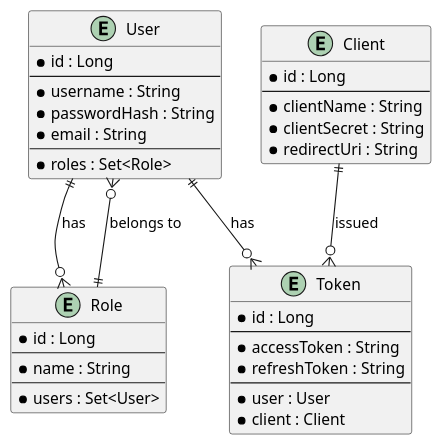
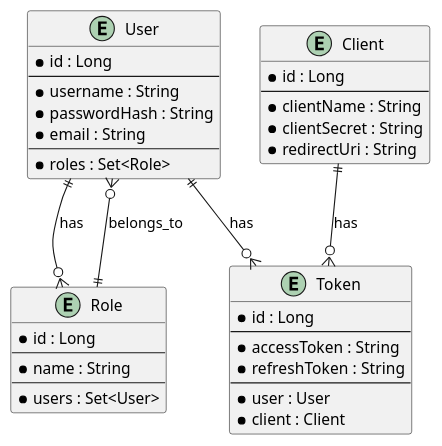
Before and after one commit to Dinesh-s95/AutoDoc.ai: the fourth of 4 diagrams in identityprovider/documentation/detaileddesign.adoc, drawn with PlantUML. The commit also changed other lines of this file and 4 other files, not shown here.

```diff
--- a/identityprovider/documentation/detaileddesign.adoc
+++ b/identityprovider/documentation/detaileddesign.adoc
@@ -431,45 +412,45 @@
 [plantuml, er-diagram, png]
 ----
 @startuml
 entity "User" {
-    * id : Long
-    --
-    * username : String
-    * passwordHash : String
-    * email : String
-    --
-    * roles : Set<Role>
+  * id : Long
+  --
+  * username : String
+  * passwordHash : String
+  * email : String
+  --
+  * roles : Set<Role>
 }
 
 entity "Role" {
-    * id : Long
-    --
-    * name : String
-    --
-    * users : Set<User>
+  * id : Long
+  --
+  * name : String
+  --
+  * users : Set<User>
 }
 
 entity "Client" {
-    * id : Long
-    --
-    * clientName : String
-    * clientSecret : String
-    * redirectUri : String
+  * id : Long
+  --
+  * clientName : String
+  * clientSecret : String
+  * redirectUri : String
 }
 
 entity "Token" {
-    * id : Long
-    --
-    * accessToken : String
-    * refreshToken : String
-    --
-    * user : User
-    * client : Client
+  * id : Long
+  --
+  * accessToken : String
+  * refreshToken : String
+  --
+  * user : User
+  * client : Client
 }
 
 User ||--o{ Role : has
-Role ||--o{ User : belongs to
+Role ||--o{ User : belongs_to
 User ||--o{ Token : has
-Client ||--o{ Token : issued
+Client ||--o{ Token : has
 @enduml
 ----
```
